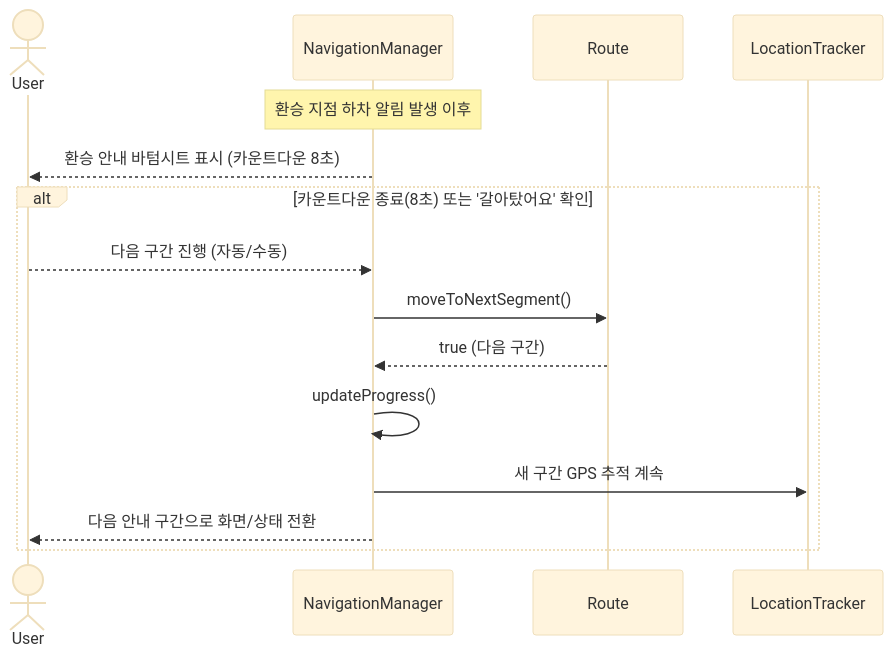
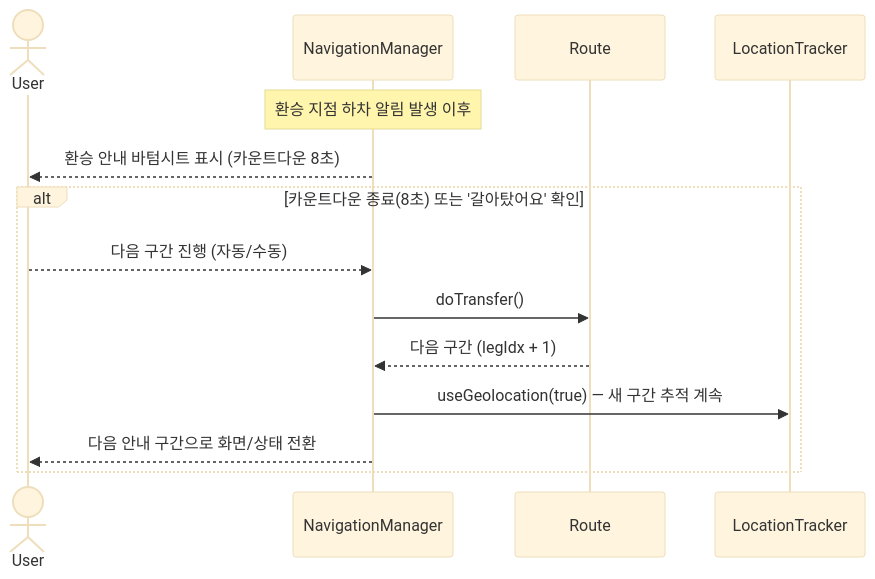
One commit to moonchanju/adigasu changed the diagram in diagrams/sequence-route-update.mmd. Above: the diagram before and after it, drawn with Mermaid (base theme). The commit also changed 10 other files, not shown here.

First line of the commit message:
docs: 다이어그램·문서 정합 — 시퀀스/상태도 메소드명을 코드 기준으로 통일

```diff
--- a/diagrams/sequence-route-update.mmd
+++ b/diagrams/sequence-route-update.mmd
@@ -1,15 +1,14 @@
 sequenceDiagram
   actor User
   participant NM as NavigationManager
   participant Route
   participant LT as LocationTracker
   Note over NM: 환승 지점 하차 알림 발생 이후
   NM-->>User: 환승 안내 바텀시트 표시 (카운트다운 8초)
   alt 카운트다운 종료(8초) 또는 '갈아탔어요' 확인
     User-->>NM: 다음 구간 진행 (자동/수동)
-    NM->>Route: moveToNextSegment()
-    Route-->>NM: true (다음 구간)
-    NM->>NM: updateProgress()
-    NM->>LT: 새 구간 GPS 추적 계속
+    NM->>Route: doTransfer()
+    Route-->>NM: 다음 구간 (legIdx + 1)
+    NM->>LT: useGeolocation(true) — 새 구간 추적 계속
     NM-->>User: 다음 안내 구간으로 화면/상태 전환
   end
```
